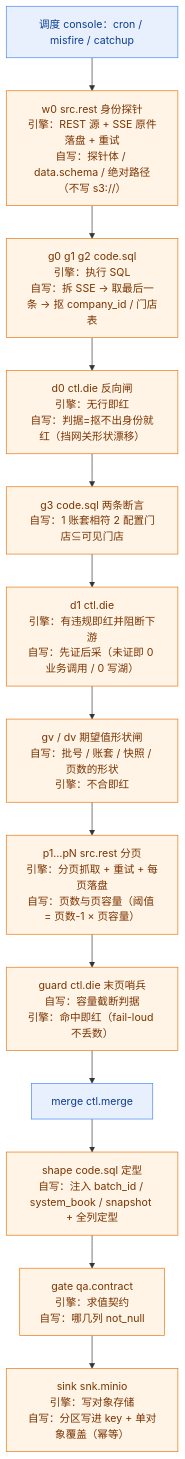
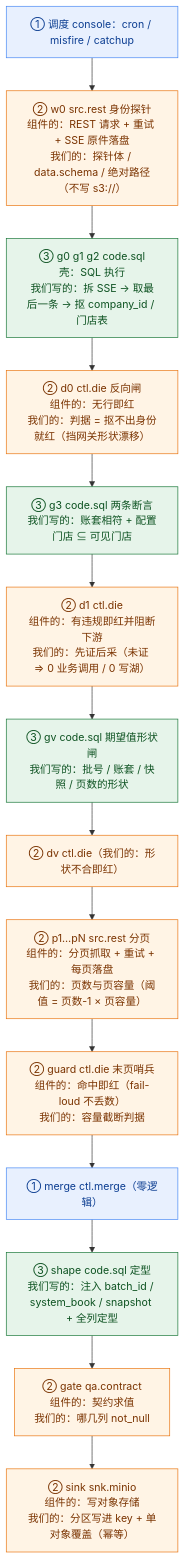
The first of 2 diagrams in deploy/duckle/console/pipelines/FLOW.lemeng.md (MYTech-Co-LTD/platform-core), drawn with Mermaid before and after one commit. The commit also changed other lines of this file and 2 other files, not shown here.

First line of the commit message:
docs(duckle): 流程图按【三档】重标节点——纯 duckle / duckle 载体+我们的规则 / 纯手写代码

````diff
--- a/deploy/duckle/console/pipelines/FLOW.lemeng.md
+++ b/deploy/duckle/console/pipelines/FLOW.lemeng.md
@@ -24,18 +26,20 @@
 ```mermaid
 flowchart TD
-  S["调度 console：cron / misfire / catchup"]:::eng
-  S --> W0["w0 src.rest 身份探针<br/>引擎：REST 源 + SSE 原件落盘 + 重试<br/>自写：探针体 / data.schema / 绝对路径（不写 s3://）"]:::own
-  W0 --> G0["g0 g1 g2 code.sql<br/>引擎：执行 SQL<br/>自写：拆 SSE → 取最后一条 → 抠 company_id / 门店表"]:::own
-  G0 --> D0["d0 ctl.die 反向闸<br/>引擎：无行即红<br/>自写：判据=抠不出身份就红（挡网关形状漂移）"]:::own
-  D0 --> G3["g3 code.sql 两条断言<br/>自写：1 账套相符 2 配置门店⊆可见门店"]:::own
-  G3 --> D1["d1 ctl.die<br/>引擎：有违规即红并阻断下游<br/>自写：先证后采（未证即 0 业务调用 / 0 写湖）"]:::own
-  D1 --> GV["gv / dv 期望值形状闸<br/>自写：批号 / 账套 / 快照 / 页数的形状<br/>引擎：不合即红"]:::own
-  GV --> P["p1…pN src.rest 分页<br/>引擎：分页抓取 + 重试 + 每页落盘<br/>自写：页数与页容量（阈值 = 页数-1 × 页容量）"]:::own
-  P --> GUARD["guard ctl.die 末页哨兵<br/>自写：容量截断判据<br/>引擎：命中即红（fail-loud 不丢数）"]:::own
-  GUARD --> MG["merge ctl.merge"]:::eng
-  MG --> SH["shape code.sql 定型<br/>自写：注入 batch_id / system_book / snapshot + 全列定型"]:::own
-  SH --> GT["gate qa.contract<br/>引擎：求值契约<br/>自写：哪几列 not_null"]:::own
-  GT --> SK["sink snk.minio<br/>引擎：写对象存储<br/>自写：分区写进 key + 单对象覆盖（幂等）"]:::own
-  classDef eng fill:#e8f0fe,stroke:#4285f4,color:#0b3d91
-  classDef own fill:#fff4e5,stroke:#e8710a,color:#7a3300
+  S["① 调度 console：cron / misfire / catchup"]:::e1
+  S --> W0["② w0 src.rest 身份探针<br/>组件的：REST 请求 + 重试 + SSE 原件落盘<br/>我们的：探针体 / data.schema / 绝对路径（不写 s3://）"]:::e2
+  W0 --> G0["③ g0 g1 g2 code.sql<br/>壳：SQL 执行<br/>我们写的：拆 SSE → 取最后一条 → 抠 company_id / 门店表"]:::e3
+  G0 --> D0["② d0 ctl.die 反向闸<br/>组件的：无行即红<br/>我们的：判据 = 抠不出身份就红（挡网关形状漂移）"]:::e2
+  D0 --> G3["③ g3 code.sql 两条断言<br/>我们写的：账套相符 + 配置门店 ⊆ 可见门店"]:::e3
+  G3 --> D1["② d1 ctl.die<br/>组件的：有违规即红并阻断下游<br/>我们的：先证后采（未证 ⇒ 0 业务调用 / 0 写湖）"]:::e2
+  D1 --> GV["③ gv code.sql 期望值形状闸<br/>我们写的：批号 / 账套 / 快照 / 页数的形状"]:::e3
+  GV --> DV["② dv ctl.die（我们的：形状不合即红）"]:::e2
+  DV --> P["② p1…pN src.rest 分页<br/>组件的：分页抓取 + 重试 + 每页落盘<br/>我们的：页数与页容量（阈值 = 页数-1 × 页容量）"]:::e2
+  P --> GUARD["② guard ctl.die 末页哨兵<br/>组件的：命中即红（fail-loud 不丢数）<br/>我们的：容量截断判据"]:::e2
+  GUARD --> MG["① merge ctl.merge（零逻辑）"]:::e1
+  MG --> SH["③ shape code.sql 定型<br/>我们写的：注入 batch_id / system_book / snapshot + 全列定型"]:::e3
+  SH --> GT["② gate qa.contract<br/>组件的：契约求值<br/>我们的：哪几列 not_null"]:::e2
+  GT --> SK["② sink snk.minio<br/>组件的：写对象存储<br/>我们的：分区写进 key + 单对象覆盖（幂等）"]:::e2
+  classDef e1 fill:#e8f0fe,stroke:#4285f4,color:#0b3d91
+  classDef e2 fill:#fff4e5,stroke:#e8710a,color:#7a3300
+  classDef e3 fill:#e6f4ea,stroke:#137333,color:#0d5221
 ```
````
